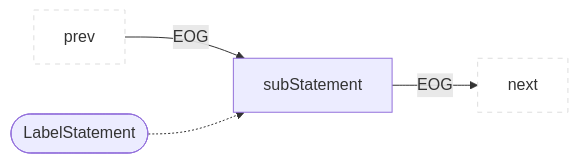
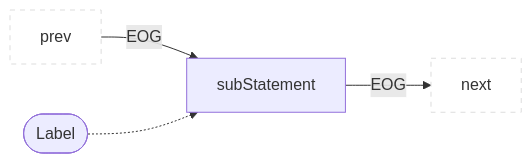
Before and after one commit to Fraunhofer-AISEC/cpg: diagram 24 of 49 in docs/docs/CPG/specs/eog.md, drawn with Mermaid. The commit also changed other lines of this file and 99 other files, not shown here.

````diff
--- a/docs/docs/CPG/specs/eog.md
+++ b/docs/docs/CPG/specs/eog.md
@@ -479,7 +479,7 @@
 ```mermaid
 flowchart LR
   classDef outer fill:#fff,stroke:#ddd,stroke-dasharray:5 5;
   prev:::outer --EOG--> child["subStatement"]
   child --EOG--> next:::outer
-  parent(["LabelStatement"]) -.-> child
+  parent(["Label"]) -.-> child
 ```
````
